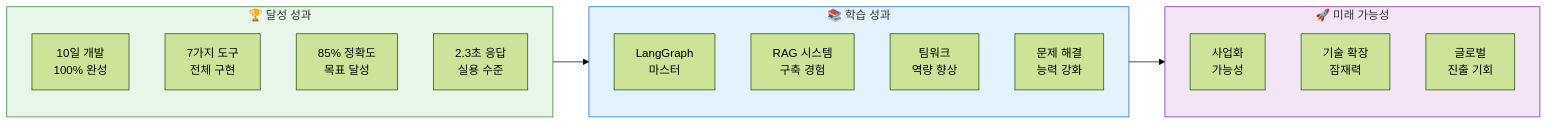
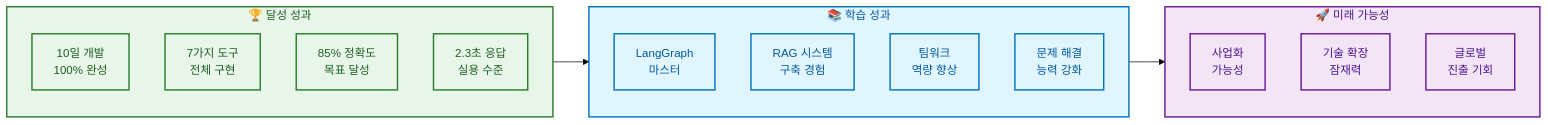
One commit to AIBootcamp14/langchainproject-new-langchainproject_5 changed the sixth of 6 diagrams in docs/PPT/06_향후_계획.md. Above: the diagram before and after it, drawn with Mermaid (forest theme). The commit also changed other lines of this file and 5 other files, not shown here.

First line of the commit message:
style(docs): PPT 문서에 mermaid 스타일 가이드 적용

````diff
--- a/docs/PPT/06_향후_계획.md
+++ b/docs/PPT/06_향후_계획.md
@@ -340,28 +381,42 @@
 ```mermaid
 graph LR
     subgraph Achievement["🏆 달성 성과"]
         A1[10일 개발<br/>100% 완성]
         A2[7가지 도구<br/>전체 구현]
         A3[85% 정확도<br/>목표 달성]
         A4[2.3초 응답<br/>실용 수준]
     end
 
     subgraph Learning["📚 학습 성과"]
         L1[LangGraph<br/>마스터]
         L2[RAG 시스템<br/>구축 경험]
         L3[팀워크<br/>역량 향상]
         L4[문제 해결<br/>능력 강화]
     end
 
     subgraph Future["🚀 미래 가능성"]
         F1[사업화<br/>가능성]
         F2[기술 확장<br/>잠재력]
         F3[글로벌<br/>진출 기회]
     end
 
     Achievement --> Learning --> Future
 
-    style Achievement fill:#e8f5e9,stroke:#2e7d32
-    style Learning fill:#e3f2fd,stroke:#1565c0
-    style Future fill:#f3e5f5,stroke:#7b1fa2
+    style Achievement fill:#e8f5e9,stroke:#2e7d32,stroke-width:2px,color:#1b5e20
+    style Learning fill:#e1f5ff,stroke:#0277bd,stroke-width:2px,color:#01579b
+    style Future fill:#f3e5f5,stroke:#6a1b9a,stroke-width:2px,color:#4a148c
+
+    style A1 fill:#e8f5e9,stroke:#2e7d32,stroke-width:2px,color:#1b5e20
+    style A2 fill:#e8f5e9,stroke:#2e7d32,stroke-width:2px,color:#1b5e20
+    style A3 fill:#e8f5e9,stroke:#2e7d32,stroke-width:2px,color:#1b5e20
+    style A4 fill:#e8f5e9,stroke:#2e7d32,stroke-width:2px,color:#1b5e20
+
+    style L1 fill:#e1f5ff,stroke:#0277bd,stroke-width:2px,color:#01579b
+    style L2 fill:#e1f5ff,stroke:#0277bd,stroke-width:2px,color:#01579b
+    style L3 fill:#e1f5ff,stroke:#0277bd,stroke-width:2px,color:#01579b
+    style L4 fill:#e1f5ff,stroke:#0277bd,stroke-width:2px,color:#01579b
+
+    style F1 fill:#f3e5f5,stroke:#6a1b9a,stroke-width:2px,color:#4a148c
+    style F2 fill:#f3e5f5,stroke:#6a1b9a,stroke-width:2px,color:#4a148c
+    style F3 fill:#f3e5f5,stroke:#6a1b9a,stroke-width:2px,color:#4a148c
 ```
````
